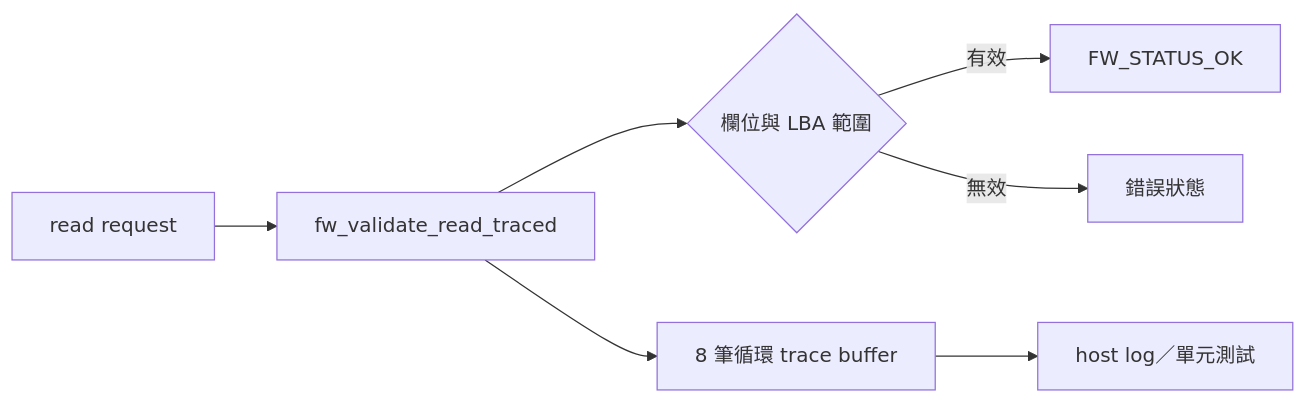
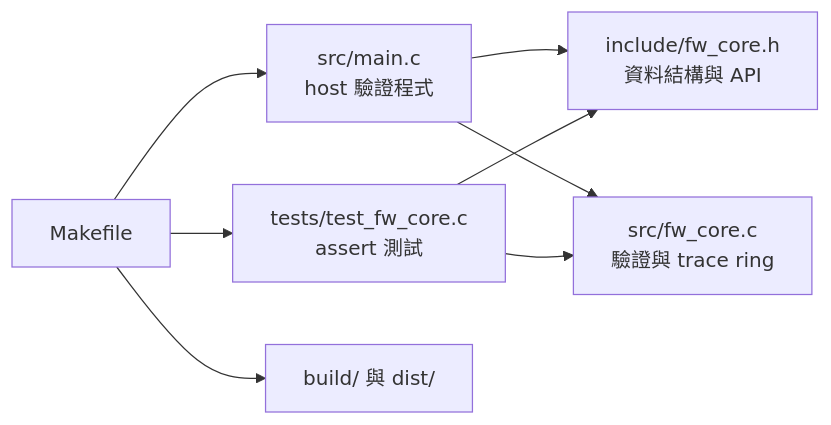
The first of 4 diagrams in examples/ssd-pcie-fw/SAMPLE.md (JiaChangGit/ai_dev_platform-cicd-platform), drawn with Mermaid before and after one commit. The commit also changed other lines of this file and 28 other files, not shown here.

````diff
--- a/examples/ssd-pcie-fw/SAMPLE.md
+++ b/examples/ssd-pcie-fw/SAMPLE.md
@@ -7,9 +26,10 @@
 ```mermaid
 flowchart LR
-    R["read request"] --> V["fw_validate_read_traced"]
-    V --> D{"欄位與 LBA 範圍"}
-    D -->|有效| O["FW_STATUS_OK"]
-    D -->|無效| E["錯誤狀態"]
-    V --> T["8 筆循環 trace buffer"]
-    T --> H["host log／單元測試"]
+    H["src/main.c<br/>host 驗證程式"] --> API["include/fw_core.h<br/>資料結構與 API"]
+    H --> CORE["src/fw_core.c<br/>驗證與 trace ring"]
+    T["tests/test_fw_core.c<br/>assert 測試"] --> API
+    T --> CORE
+    M["Makefile"] --> H
+    M --> T
+    M --> O["build/ 與 dist/"]
 ```
````
